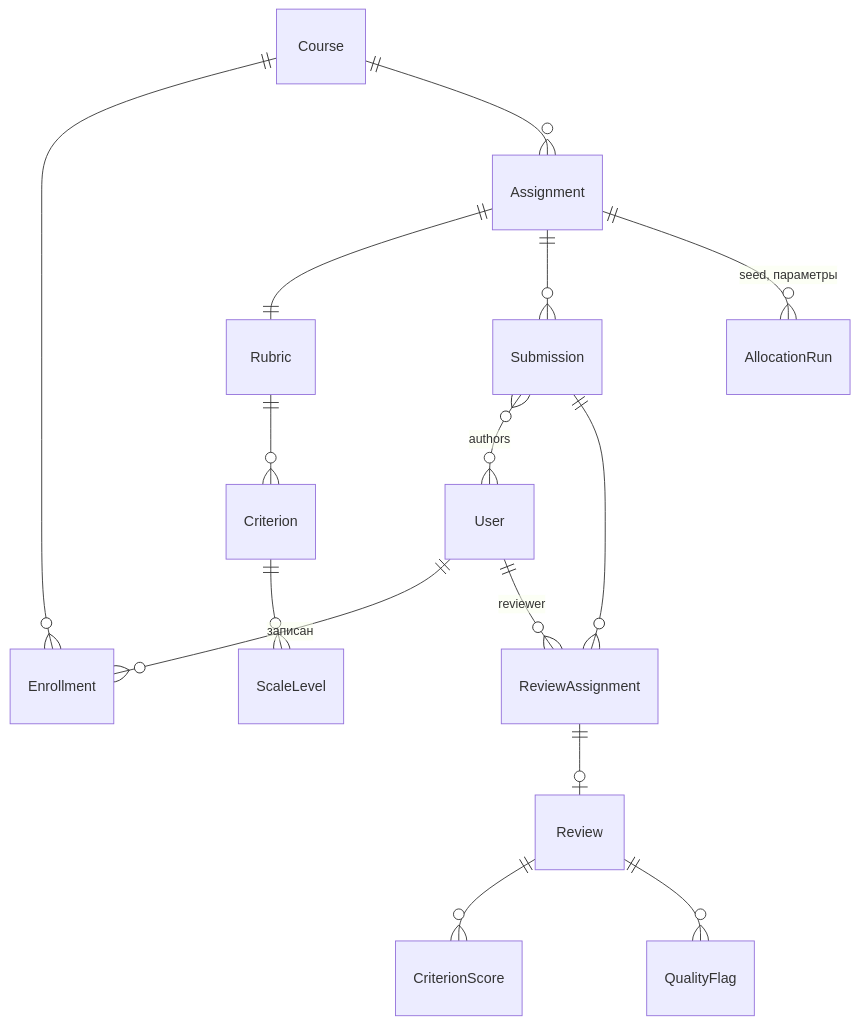
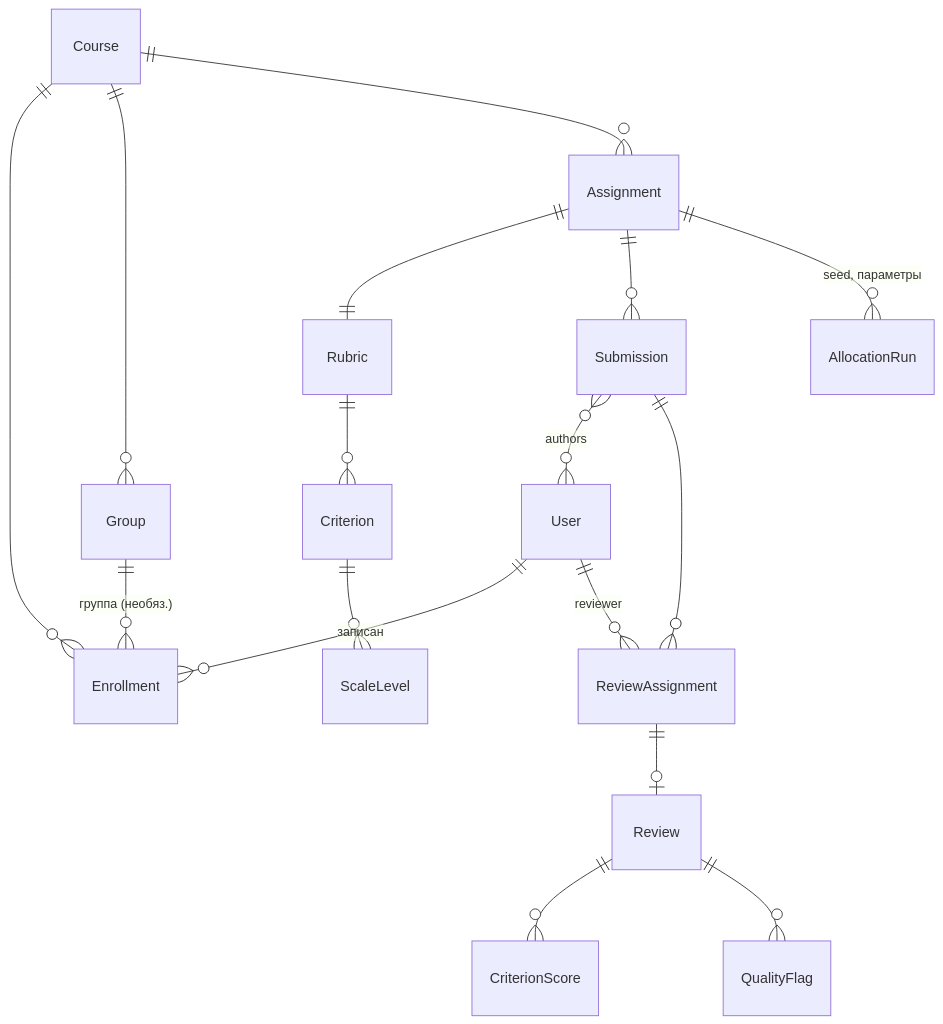
One commit to DANIK20060731/TP_Project_3kurs changed the third of 3 diagrams in docs/ARCHITECTURE.md. Above: the diagram before and after it, drawn with Mermaid. The commit also changed 15 other files, not shown here.

````diff
--- a/docs/ARCHITECTURE.md
+++ b/docs/ARCHITECTURE.md
@@ -32,17 +32,19 @@
 ```mermaid
 erDiagram
   User ||--o{ Enrollment : "записан"
   Course ||--o{ Enrollment : ""
+  Course ||--o{ Group : ""
+  Group ||--o{ Enrollment : "группа (необяз.)"
   Course ||--o{ Assignment : ""
   Assignment ||--|| Rubric : ""
   Rubric ||--o{ Criterion : ""
   Criterion ||--o{ ScaleLevel : ""
   Assignment ||--o{ Submission : ""
   Submission }o--o{ User : "authors"
   Submission ||--o{ ReviewAssignment : ""
   User ||--o{ ReviewAssignment : "reviewer"
   ReviewAssignment ||--o| Review : ""
   Review ||--o{ CriterionScore : ""
   Review ||--o{ QualityFlag : ""
   Assignment ||--o{ AllocationRun : "seed, параметры"
 ```
````
